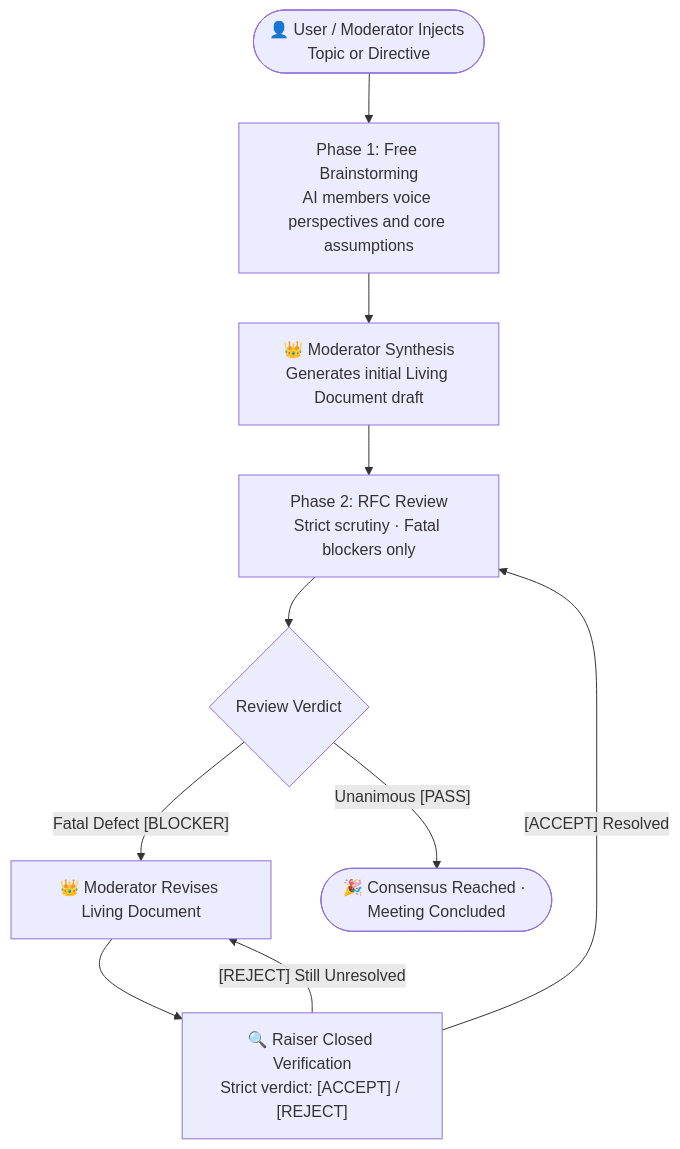
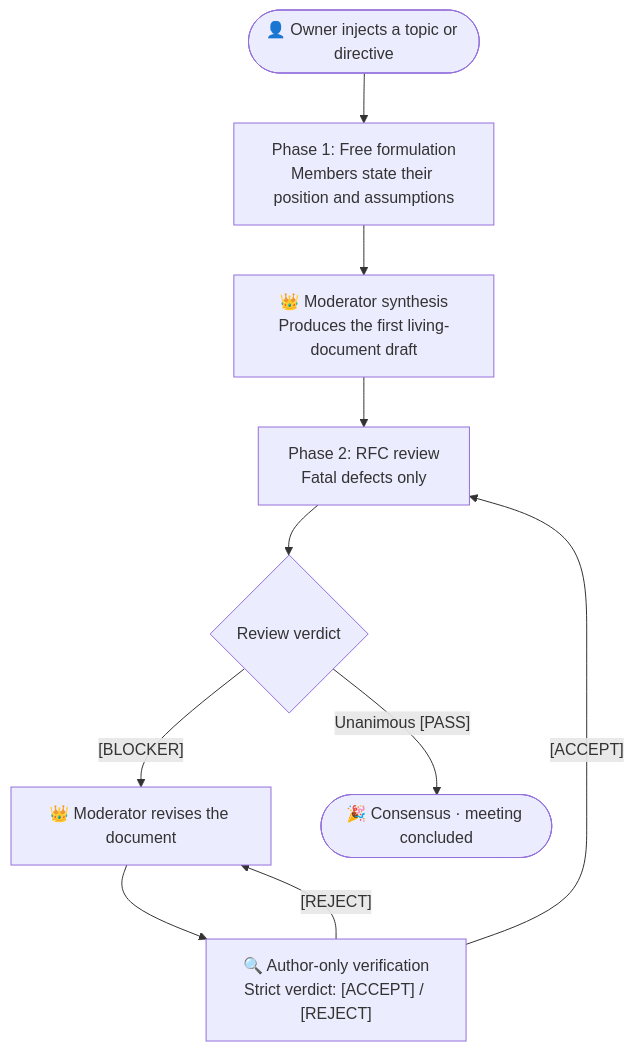
One commit to BinaryAlan/ai-atelier changed the diagram in README.md. Above: the diagram before and after it, drawn with Mermaid. The commit also changed other lines of this file and 2 other files, not shown here.

Commit message:
docs: 重构中英文 README（目录/限制/排查）+ 新增虚构数据演示动图

````diff
--- a/README.md
+++ b/README.md
@@ -46,14 +66,14 @@
 ```mermaid
 flowchart TD
-    User(["👤 User / Moderator Injects Topic or Directive"]) --> Phase1["Phase 1: Free Brainstorming<br/>AI members voice perspectives and core assumptions"]
-    Phase1 --> Synthesis["👑 Moderator Synthesis<br/>Generates initial Living Document draft"]
-    Synthesis --> Phase2["Phase 2: RFC Review<br/>Strict scrutiny · Fatal blockers only"]
-    
-    Phase2 --> Check{"Review Verdict"}
-    Check -->|"Fatal Defect [BLOCKER]"| Revision["👑 Moderator Revises Living Document"]
-    Revision --> Verify["🔍 Raiser Closed Verification<br/>Strict verdict: [ACCEPT] / [REJECT]"]
-    Verify -->|"[ACCEPT] Resolved"| Phase2
-    Verify -->|"[REJECT] Still Unresolved"| Revision
-    
-    Check -->|"Unanimous [PASS]"| Concluded(["🎉 Consensus Reached · Meeting Concluded"])
+    User(["👤 Owner injects a topic or directive"]) --> Phase1["Phase 1: Free formulation<br/>Members state their position and assumptions"]
+    Phase1 --> Synthesis["👑 Moderator synthesis<br/>Produces the first living-document draft"]
+    Synthesis --> Phase2["Phase 2: RFC review<br/>Fatal defects only"]
+
+    Phase2 --> Check{"Review verdict"}
+    Check -->|"[BLOCKER]"| Revision["👑 Moderator revises the document"]
+    Revision --> Verify["🔍 Author-only verification<br/>Strict verdict: [ACCEPT] / [REJECT]"]
+    Verify -->|"[ACCEPT]"| Phase2
+    Verify -->|"[REJECT]"| Revision
+
+    Check -->|"Unanimous [PASS]"| Concluded(["🎉 Consensus · meeting concluded"])
 ```
````
